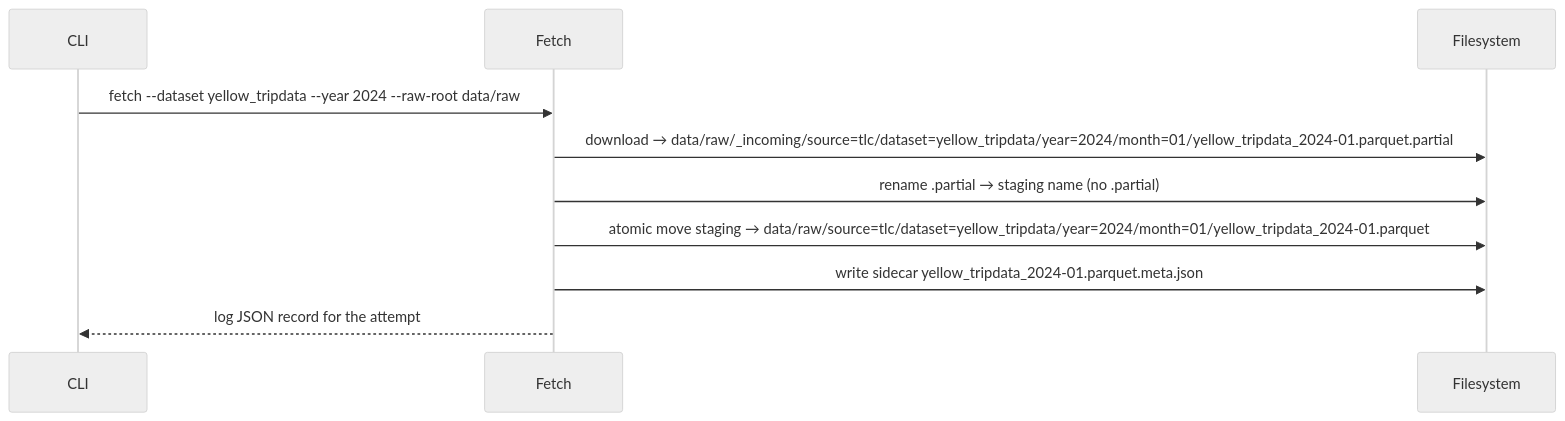
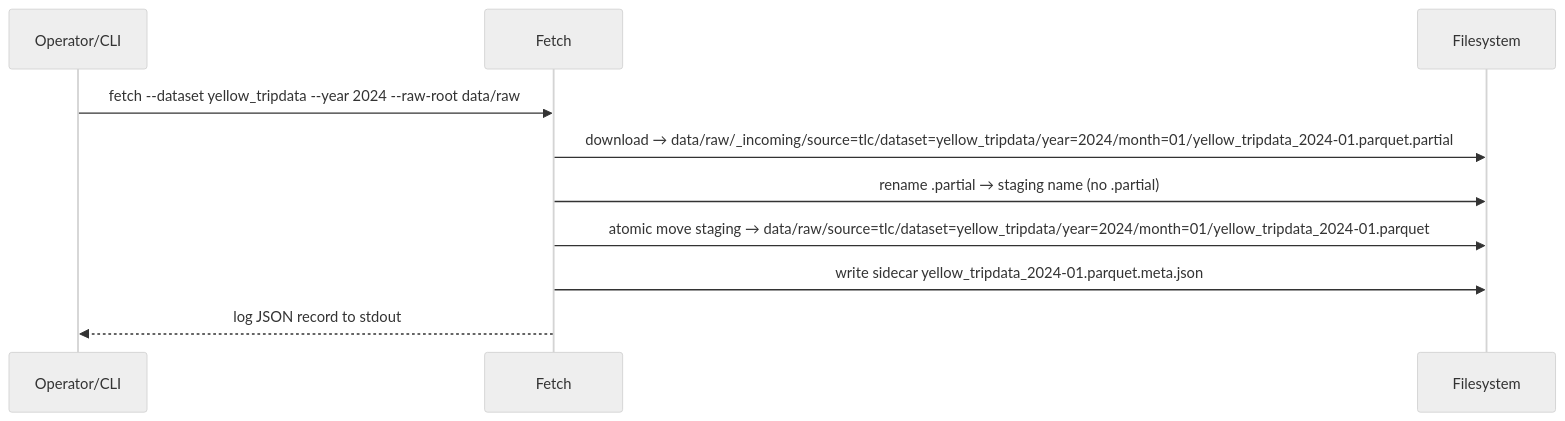
The diagram in docs/fetch_guide.md (dataopskenn/DGAP), drawn with Mermaid (neutral theme) before and after one commit. The commit also changed other lines of this file and 5 other files, not shown here.

Commit message:
Fill documentation gaps: runbook, security, schema, logging examples

````diff
--- a/docs/fetch_guide.md
+++ b/docs/fetch_guide.md
@@ -24,12 +24,12 @@
 ```mermaid
 sequenceDiagram
-  participant Me as CLI
+  participant Operator as Operator/CLI
   participant F as Fetch
   participant FS as Filesystem
-  Me->>F: fetch --dataset yellow_tripdata --year 2024 --raw-root data/raw
+  Operator->>F: fetch --dataset yellow_tripdata --year 2024 --raw-root data/raw
   F->>FS: download → data/raw/_incoming/source=tlc/dataset=yellow_tripdata/year=2024/month=01/yellow_tripdata_2024-01.parquet.partial
   F->>FS: rename .partial → staging name (no .partial)
   F->>FS: atomic move staging → data/raw/source=tlc/dataset=yellow_tripdata/year=2024/month=01/yellow_tripdata_2024-01.parquet
   F->>FS: write sidecar yellow_tripdata_2024-01.parquet.meta.json
-  F-->>Me: log JSON record for the attempt
+  F-->>Operator: log JSON record to stdout
 ```
````
